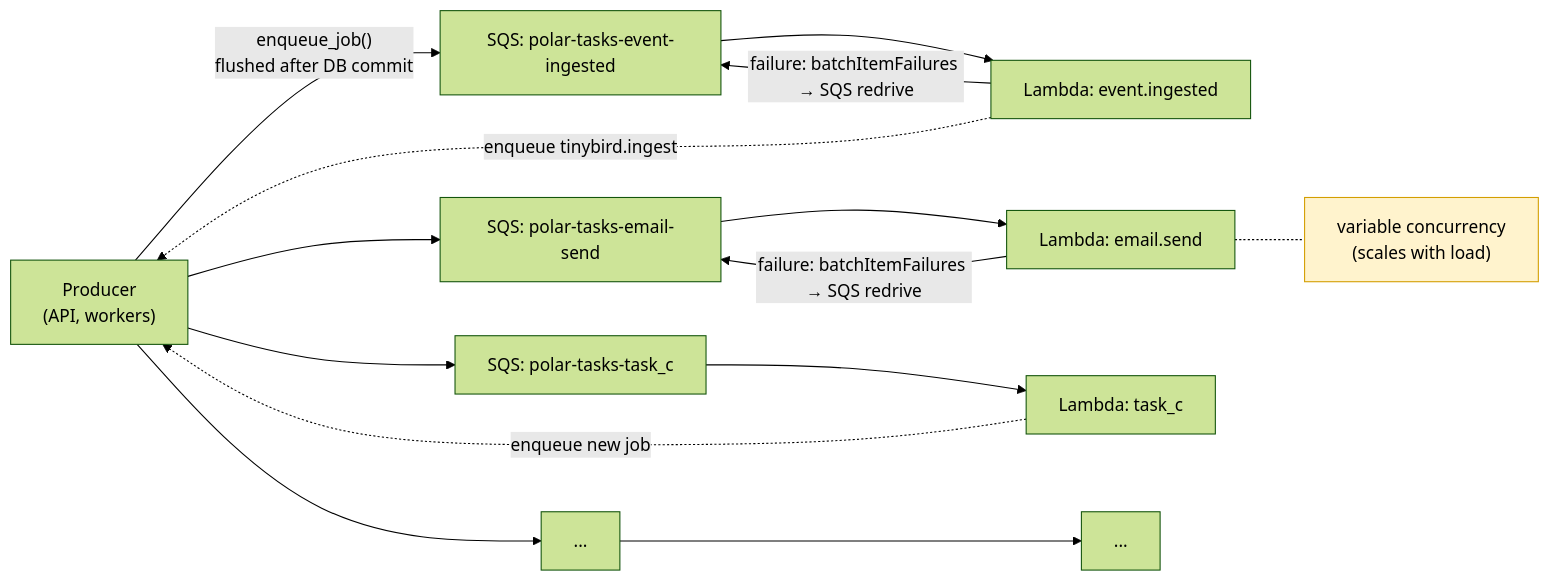
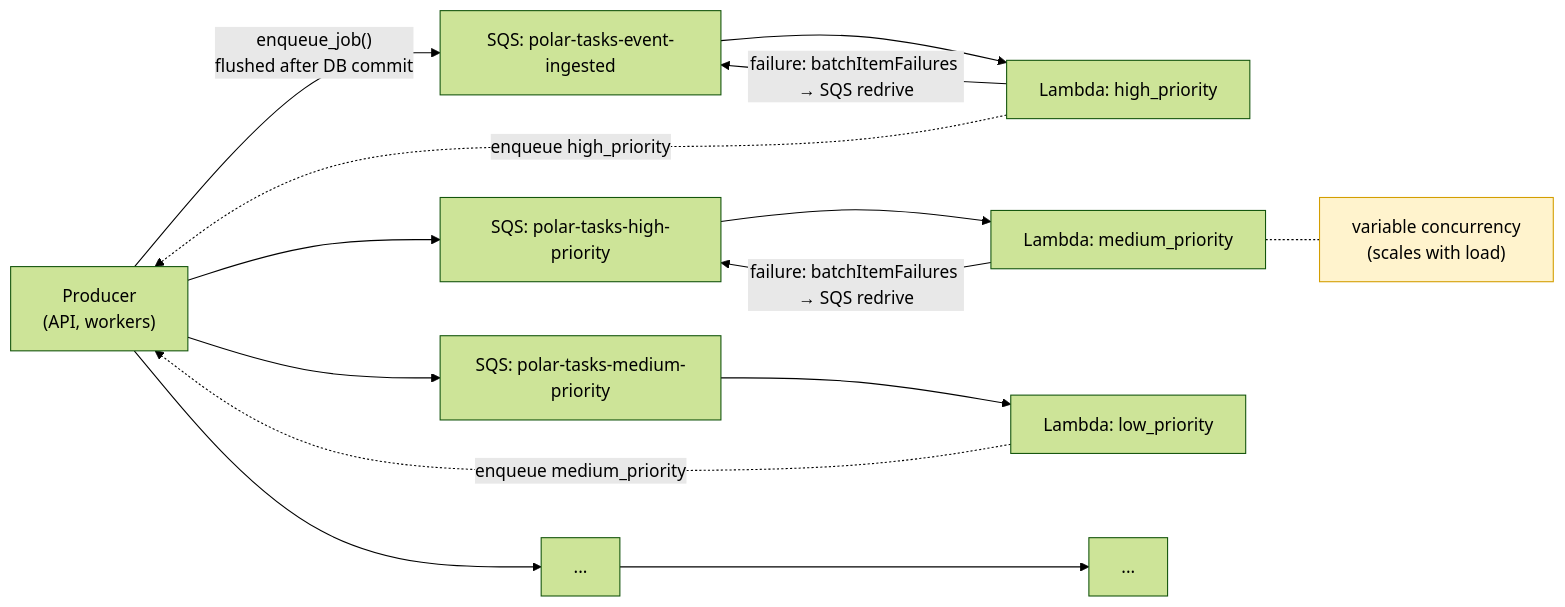
One commit to polarsource/polar changed the second of 2 diagrams in handbook/engineering/design-documents/tasks-on-lambda.mdx. Above: the diagram before and after it, drawn with Mermaid (forest theme). The commit also changed other lines of this file, not shown here.

Commit message:
rfc: Clarify queues and amount of lambdas

````diff
--- a/handbook/engineering/design-documents/tasks-on-lambda.mdx
+++ b/handbook/engineering/design-documents/tasks-on-lambda.mdx
@@ -130,26 +131,26 @@
 ```mermaid
 flowchart LR
      producer["Producer<br/>(API, workers)"]
 
      producer -->|"enqueue_job()<br/>flushed after DB commit"| sqs_a["SQS: polar-tasks-event-ingested"]
-     producer --> sqs_b["SQS: polar-tasks-email-send"]
-     producer --> sqs_c["SQS: polar-tasks-task_c"]
+     producer --> sqs_b["SQS: polar-tasks-high-priority"]
+     producer --> sqs_c["SQS: polar-tasks-medium-priority"]
      producer --> sqs_more["..."]
 
-     sqs_a --> Lambda_a["Lambda: event.ingested"]
-     sqs_b --> Lambda_b["Lambda: email.send"]
-     sqs_c --> Lambda_c["Lambda: task_c"]
+     sqs_a --> Lambda_a["Lambda: high_priority"]
+     sqs_b --> Lambda_b["Lambda: medium_priority"]
+     sqs_c --> Lambda_c["Lambda: low_priority"]
      sqs_more --> Lambda_more["..."]
 
      Lambda_a -->|"failure: batchItemFailures → SQS redrive"| sqs_a
      Lambda_b -->|"failure: batchItemFailures → SQS redrive"| sqs_b
 
-     Lambda_a -.->|"enqueue tinybird.ingest"| producer
-     Lambda_c -.->|"enqueue new job"| producer
+     Lambda_a -.->|"enqueue high_priority"| producer
+     Lambda_c -.->|"enqueue medium_priority"| producer
 
      note_conc["variable concurrency<br/>(scales with load)"]
      Lambda_b -.- note_conc
 
      classDef note fill:#fff3cd,stroke:#d39e00,color:#000;
      class note_conc note;
 ```
````
